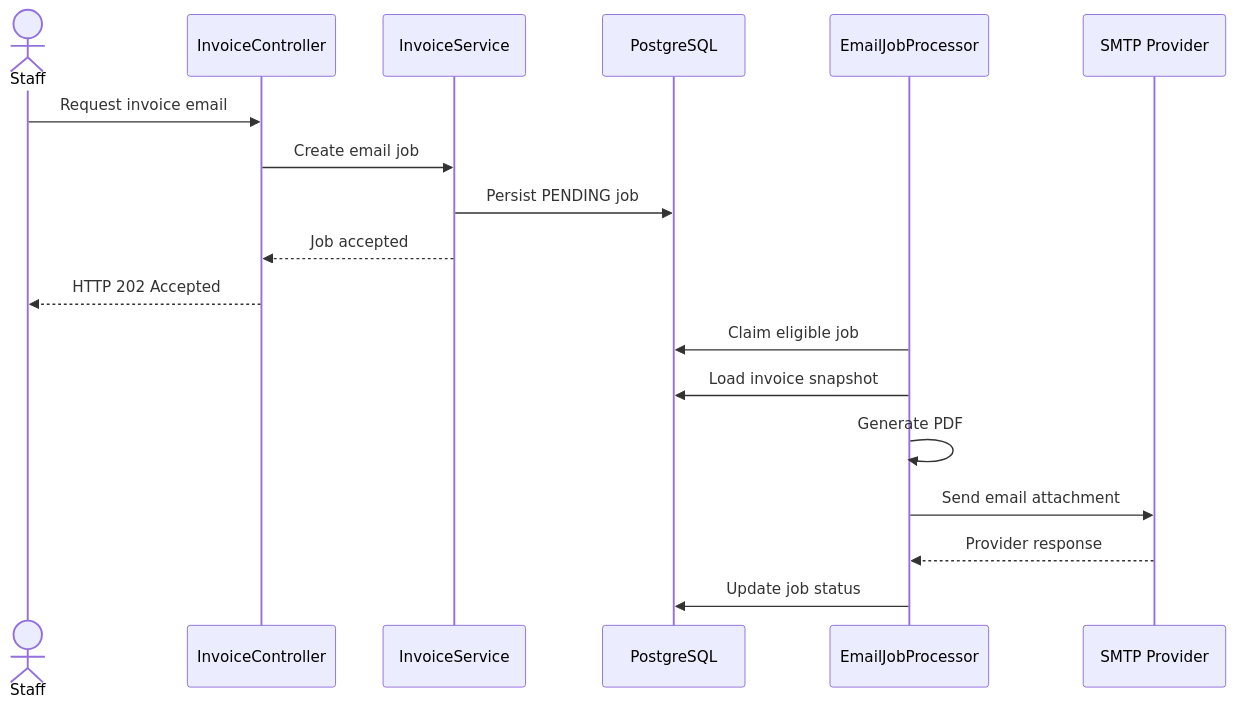
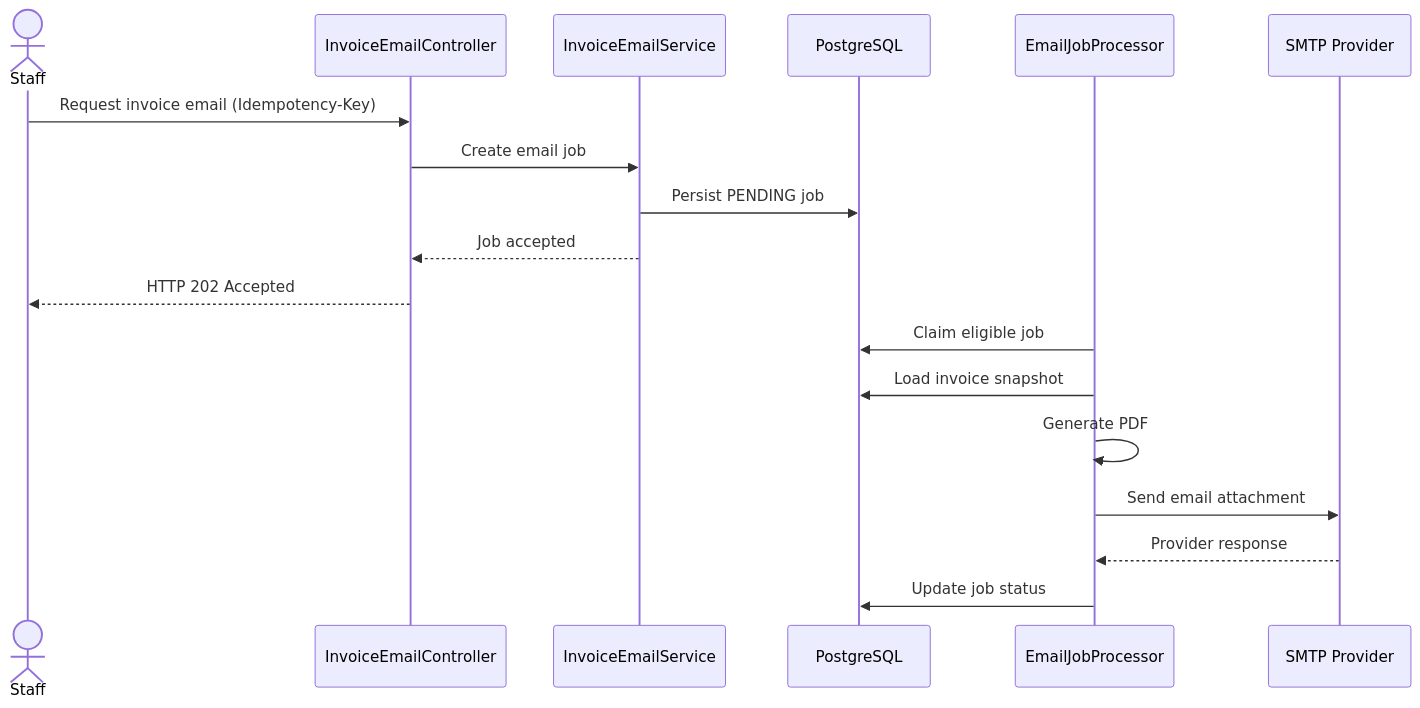
Before and after one commit to Yesod2810/smart-invoice: the fourth of 5 diagrams in docs/architecture/04-SYSTEM-ARCHITECTURE.md, drawn with Mermaid. The commit also changed other lines of this file and 6 other files, not shown here.

````diff
--- a/docs/architecture/04-SYSTEM-ARCHITECTURE.md
+++ b/docs/architecture/04-SYSTEM-ARCHITECTURE.md
@@ -748,22 +804,22 @@
 ```mermaid
 sequenceDiagram
     actor Staff
-    participant API as InvoiceController
-    participant Service as InvoiceService
+    participant API as InvoiceEmailController
+    participant Service as InvoiceEmailService
     participant DB as PostgreSQL
     participant Worker as EmailJobProcessor
     participant SMTP as SMTP Provider
 
-    Staff->>API: Request invoice email
+    Staff->>API: Request invoice email (Idempotency-Key)
     API->>Service: Create email job
     Service->>DB: Persist PENDING job
     Service-->>API: Job accepted
     API-->>Staff: HTTP 202 Accepted
 
     Worker->>DB: Claim eligible job
     Worker->>DB: Load invoice snapshot
     Worker->>Worker: Generate PDF
     Worker->>SMTP: Send email attachment
     SMTP-->>Worker: Provider response
     Worker->>DB: Update job status
 ```
````
